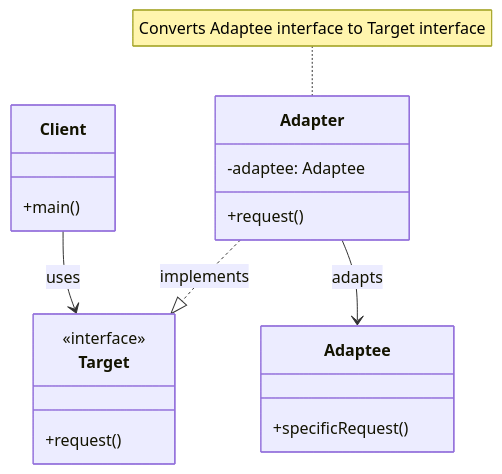
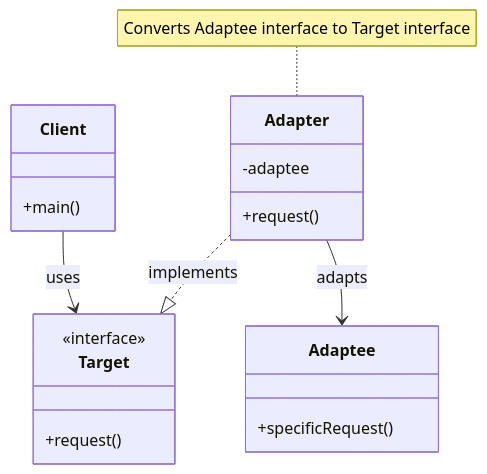
One commit to fanly/DesignPattern changed the first of 3 diagrams in resources/design-patterns/laravel/structural/adapter_en.md. Above: the diagram before and after it, drawn with Mermaid. The commit also changed 17 other files, not shown here.

````diff
--- a/resources/design-patterns/laravel/structural/adapter_en.md
+++ b/resources/design-patterns/laravel/structural/adapter_en.md
@@ -11,26 +11,26 @@
 ```mermaid
 classDiagram
     class Target {
         <<interface>>
         +request()
     }
     
     class Client {
         +main()
     }
     
     class Adapter {
-        -adaptee: Adaptee
+        -adaptee
         +request()
     }
     
     class Adaptee {
         +specificRequest()
     }
     
     Client --> Target : uses
     Adapter ..|> Target : implements
     Adapter --> Adaptee : adapts
     
     note for Adapter "Converts Adaptee interface to Target interface"
 ```
````
